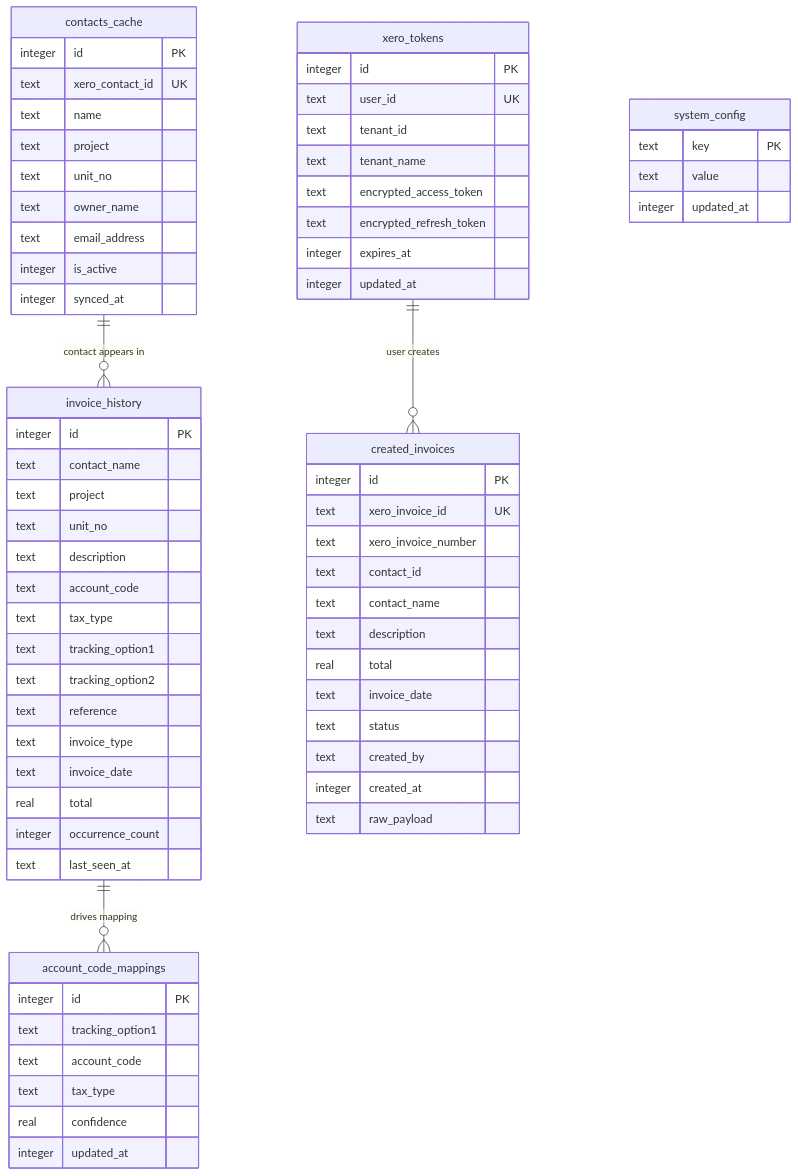
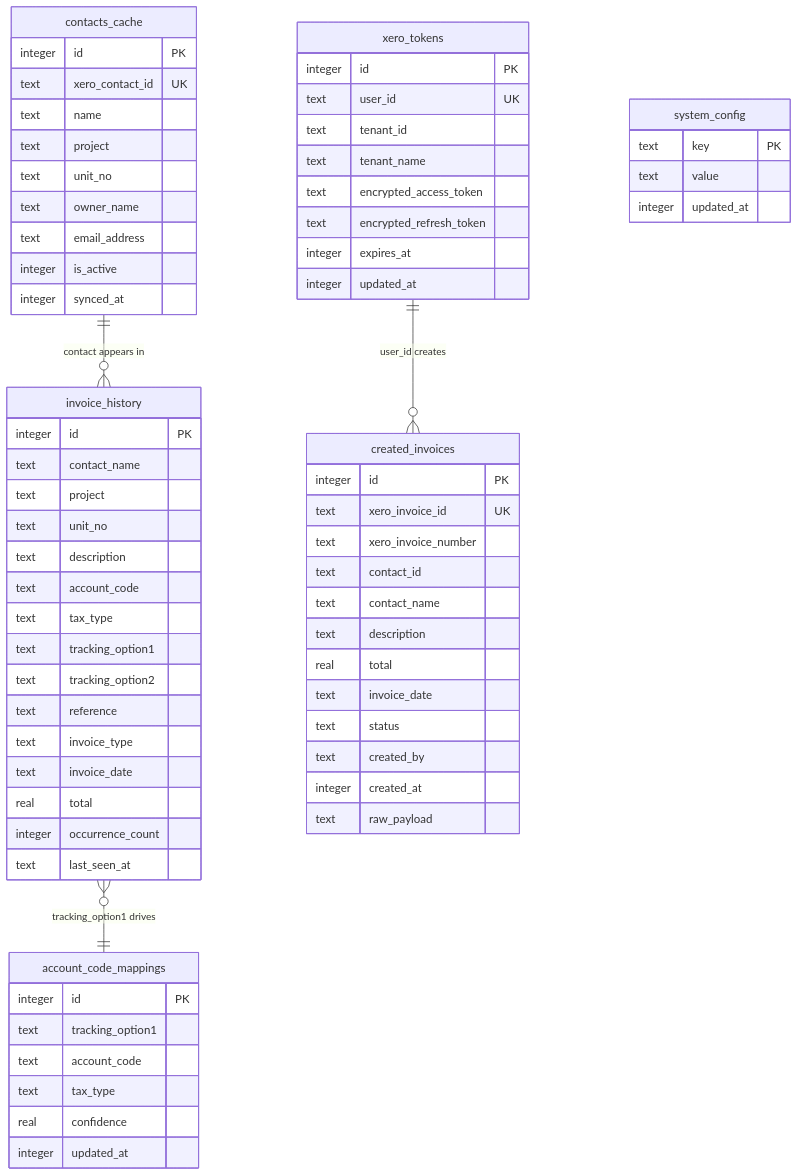
One commit to happyhappy20180403/invoice-system-20260309 changed the fifth of 10 diagrams in .kiro/specs/xero-invoice-auto-input/design.md. Above: the diagram before and after it, drawn with Mermaid. The commit also changed other lines of this file and 7 other files, not shown here.

````diff
--- a/.kiro/specs/xero-invoice-auto-input/design.md
+++ b/.kiro/specs/xero-invoice-auto-input/design.md
@@ -295,77 +359,77 @@
 ```mermaid
 erDiagram
     xero_tokens {
         integer id PK
         text user_id UK
         text tenant_id
         text tenant_name
         text encrypted_access_token
         text encrypted_refresh_token
         integer expires_at
         integer updated_at
     }
 
     contacts_cache {
         integer id PK
         text xero_contact_id UK
         text name
         text project
         text unit_no
         text owner_name
         text email_address
         integer is_active
         integer synced_at
     }
 
     invoice_history {
         integer id PK
         text contact_name
         text project
         text unit_no
         text description
         text account_code
         text tax_type
         text tracking_option1
         text tracking_option2
         text reference
         text invoice_type
         text invoice_date
         real total
         integer occurrence_count
         text last_seen_at
     }
 
     account_code_mappings {
         integer id PK
         text tracking_option1
         text account_code
         text tax_type
         real confidence
         integer updated_at
     }
 
     created_invoices {
         integer id PK
         text xero_invoice_id UK
         text xero_invoice_number
         text contact_id
         text contact_name
         text description
         real total
         text invoice_date
         text status
         text created_by
         integer created_at
         text raw_payload
     }
 
     system_config {
         text key PK
         text value
         integer updated_at
     }
 
-    xero_tokens ||--o{ created_invoices : "user creates"
+    xero_tokens ||--o{ created_invoices : "user_id creates"
     contacts_cache ||--o{ invoice_history : "contact appears in"
-    invoice_history ||--o{ account_code_mappings : "drives mapping"
+    invoice_history }o--|| account_code_mappings : "tracking_option1 drives"
 ```
````
